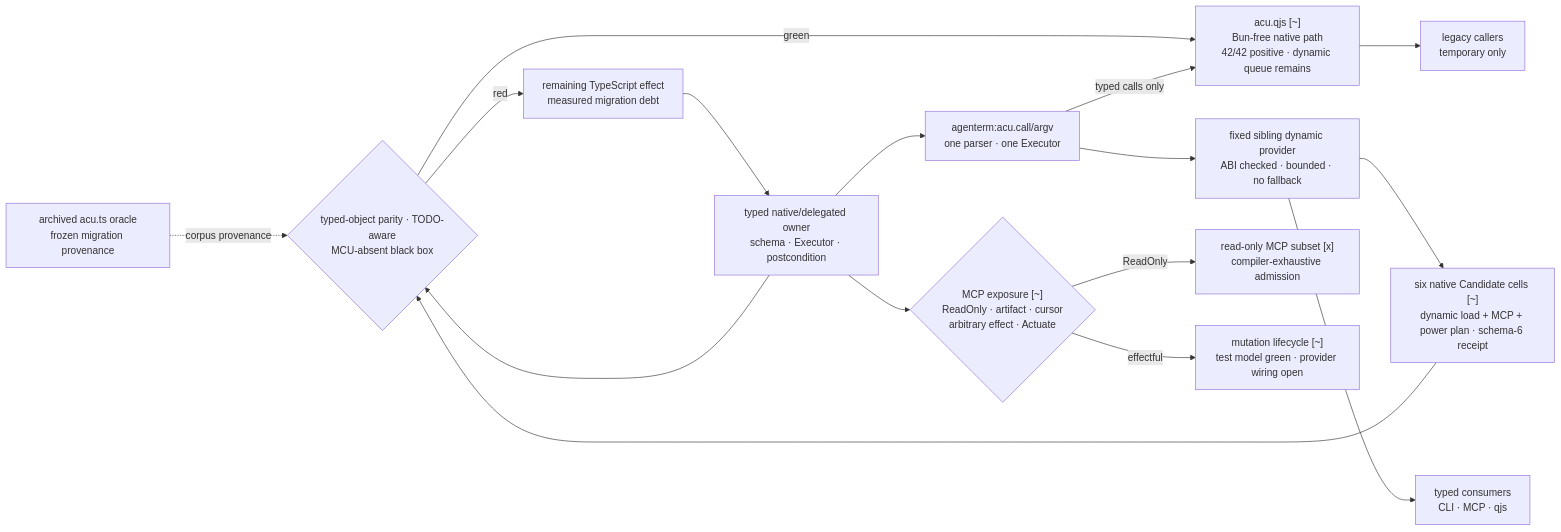
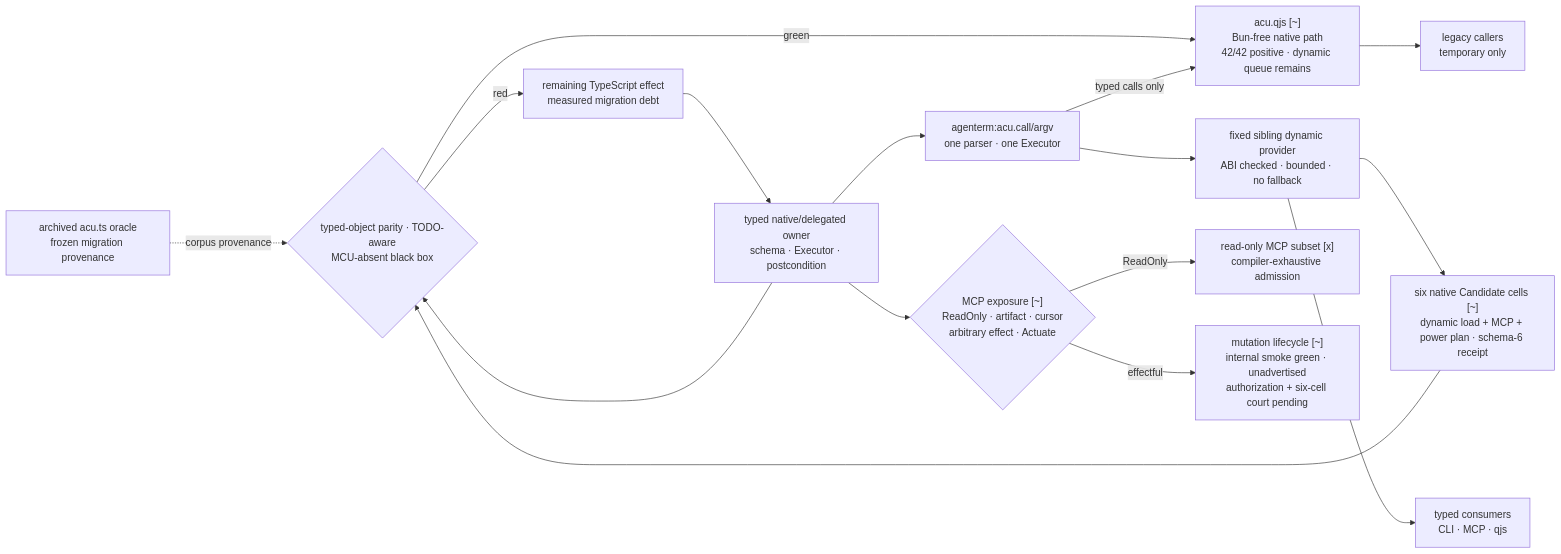
Before and after one commit to partnernetsoftware/agenterm: the first of 22 diagrams in prd/PRD_02_28_agenterm_cu.md, drawn with Mermaid. The commit also changed other lines of this file and 9 other files, not shown here.

Commit message:
mcp: harden internal ACU mutation lifecycle

````diff
--- a/prd/PRD_02_28_agenterm_cu.md
+++ b/prd/PRD_02_28_agenterm_cu.md
@@ -219,26 +225,26 @@
   ```mermaid
   flowchart LR
     TS["archived acu.ts oracle<br/>frozen migration provenance"]
     OWNER["typed native/delegated owner<br/>schema · Executor · postcondition"]
     OBJ["agenterm:acu.call/argv<br/>one parser · one Executor"]
     PROVIDER["fixed sibling dynamic provider<br/>ABI checked · bounded · no fallback"]
     COURT["six native Candidate cells [~]<br/>dynamic load + MCP + power plan · schema-6 receipt"]
     GATE{"typed-object parity · TODO-aware<br/>MCU-absent black box"}
     QJS["acu.qjs [~]<br/>Bun-free native path<br/>42/42 positive · dynamic queue remains"]
     USERS["typed consumers<br/>CLI · MCP · qjs"]
     MCPCLASS{"MCP exposure [~]<br/>ReadOnly · artifact · cursor<br/>arbitrary effect · Actuate"}
     MCPRO["read-only MCP subset [x]<br/>compiler-exhaustive admission"]
-    MCPMUT["mutation lifecycle [~]<br/>test model green · provider wiring open"]
+    MCPMUT["mutation lifecycle [~]<br/>internal smoke green · unadvertised<br/>authorization + six-cell court pending"]
     LEGACY["legacy callers<br/>temporary only"]
     DEBT["remaining TypeScript effect<br/>measured migration debt"]
     OWNER --> OBJ --> PROVIDER --> USERS
     OWNER --> MCPCLASS
     MCPCLASS -->|ReadOnly| MCPRO
     MCPCLASS -->|effectful| MCPMUT
     PROVIDER --> COURT --> GATE
     TS -. corpus provenance .-> GATE
     OWNER --> GATE
     GATE -->|red| DEBT --> OWNER
     GATE -->|green| QJS --> LEGACY
     OBJ -->|typed calls only| QJS
   ```
````
